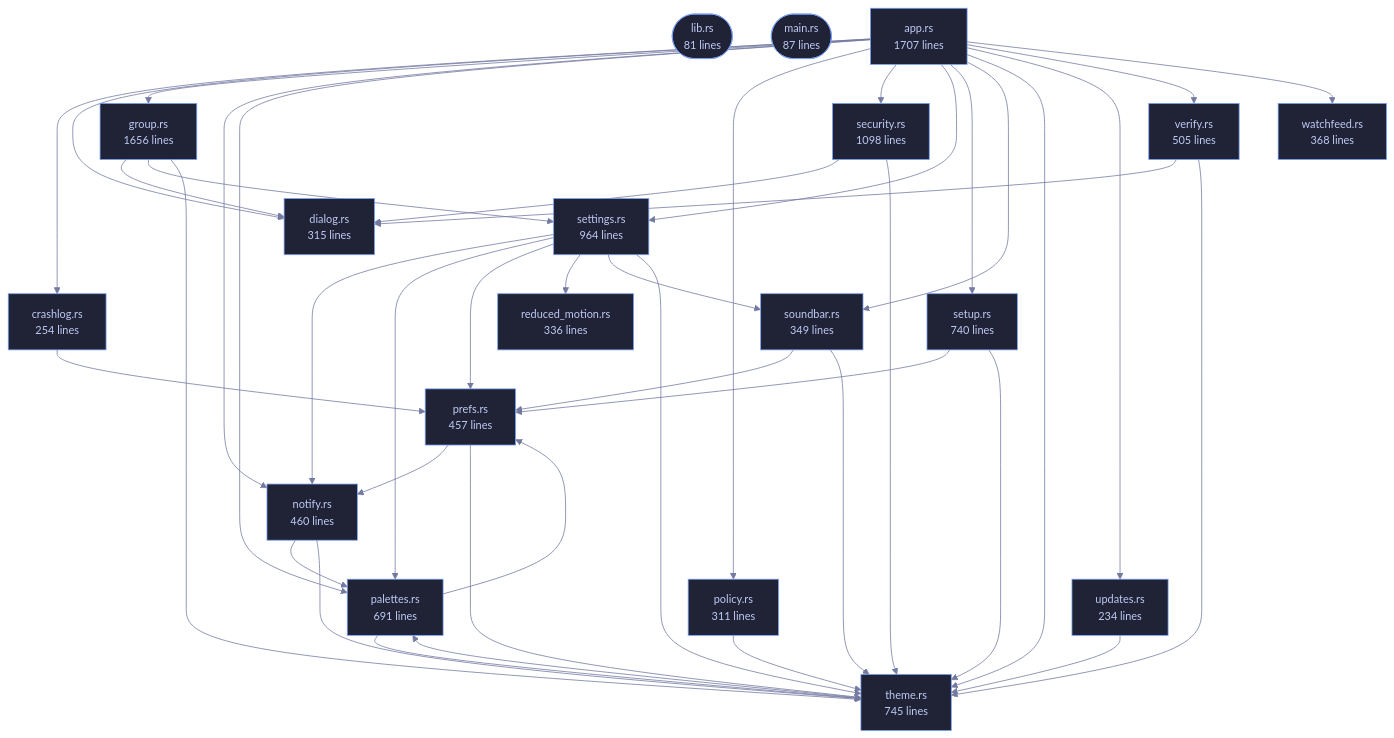
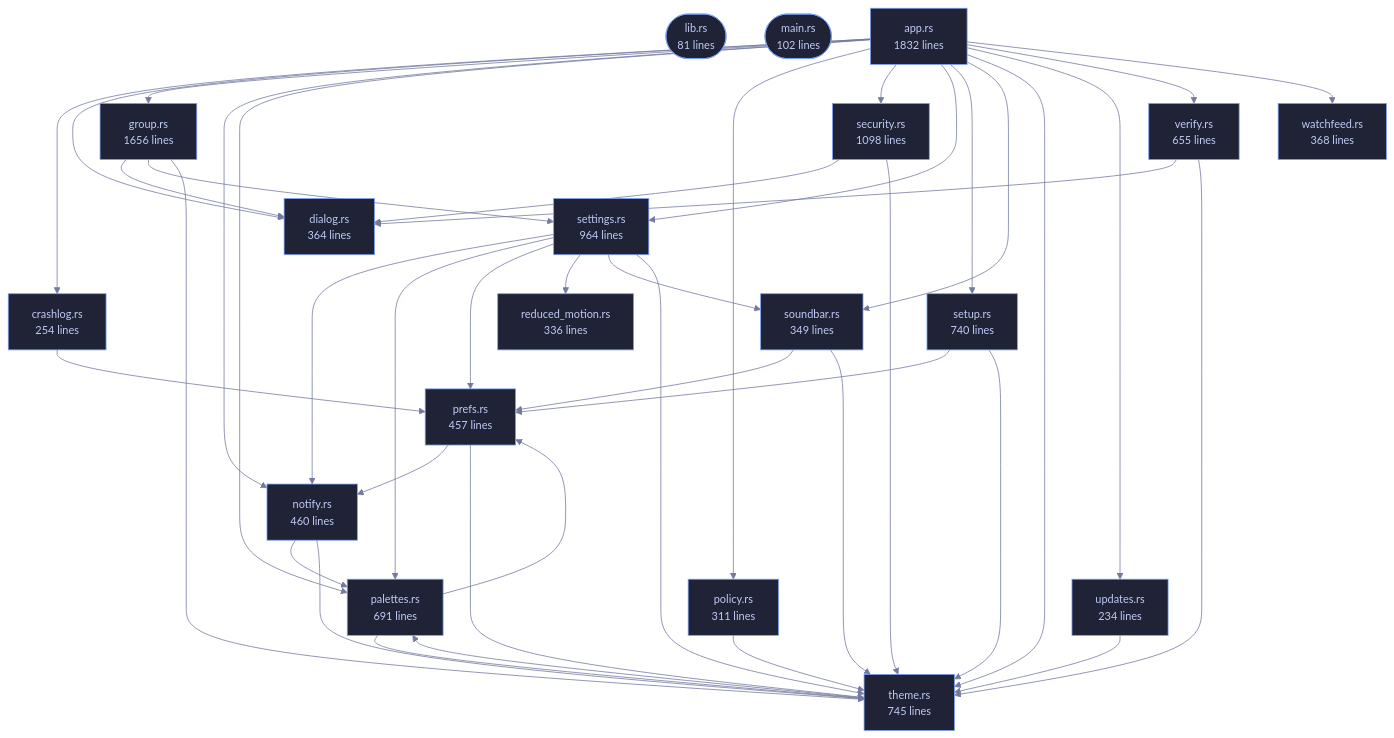
Before and after one commit to tilas01/veilvoice: the diagram in crates/veilvoice-gui/README.md, drawn with Mermaid. The commit also changed other lines of this file and 56 other files, not shown here.

```diff
--- a/crates/veilvoice-gui/README.md
+++ b/crates/veilvoice-gui/README.md
@@ -95,10 +95,10 @@
 %%{init: {"theme":"base","themeVariables":{"background":"#1a1b26","primaryColor":"#1f2335","primaryTextColor":"#c0caf5","primaryBorderColor":"#7aa2f7","secondaryColor":"#16161e","tertiaryColor":"#16161e","lineColor":"#737aa2","textColor":"#c0caf5","mainBkg":"#1f2335","nodeBorder":"#7aa2f7","clusterBkg":"#16161e","clusterBorder":"#2f3549","fontFamily":"ui-monospace, SFMono-Regular, Consolas, monospace","fontSize":"14px"}}}%%
 flowchart TD
     n_lib(["lib.rs<br/>81 lines"])
-    n_main(["main.rs<br/>87 lines"])
-    n_app["app.rs<br/>1707 lines"]
+    n_main(["main.rs<br/>102 lines"])
+    n_app["app.rs<br/>1832 lines"]
     n_crashlog["crashlog.rs<br/>254 lines"]
-    n_dialog["dialog.rs<br/>315 lines"]
+    n_dialog["dialog.rs<br/>364 lines"]
     n_group["group.rs<br/>1656 lines"]
     n_notify["notify.rs<br/>460 lines"]
     n_palettes["palettes.rs<br/>691 lines"]
@@ -111,7 +111,7 @@
     n_soundbar["soundbar.rs<br/>349 lines"]
     n_theme["theme.rs<br/>745 lines"]
     n_updates["updates.rs<br/>234 lines"]
-    n_verify["verify.rs<br/>505 lines"]
+    n_verify["verify.rs<br/>655 lines"]
     n_watchfeed["watchfeed.rs<br/>368 lines"]
     n_app --> n_crashlog
     n_app --> n_dialog
```
